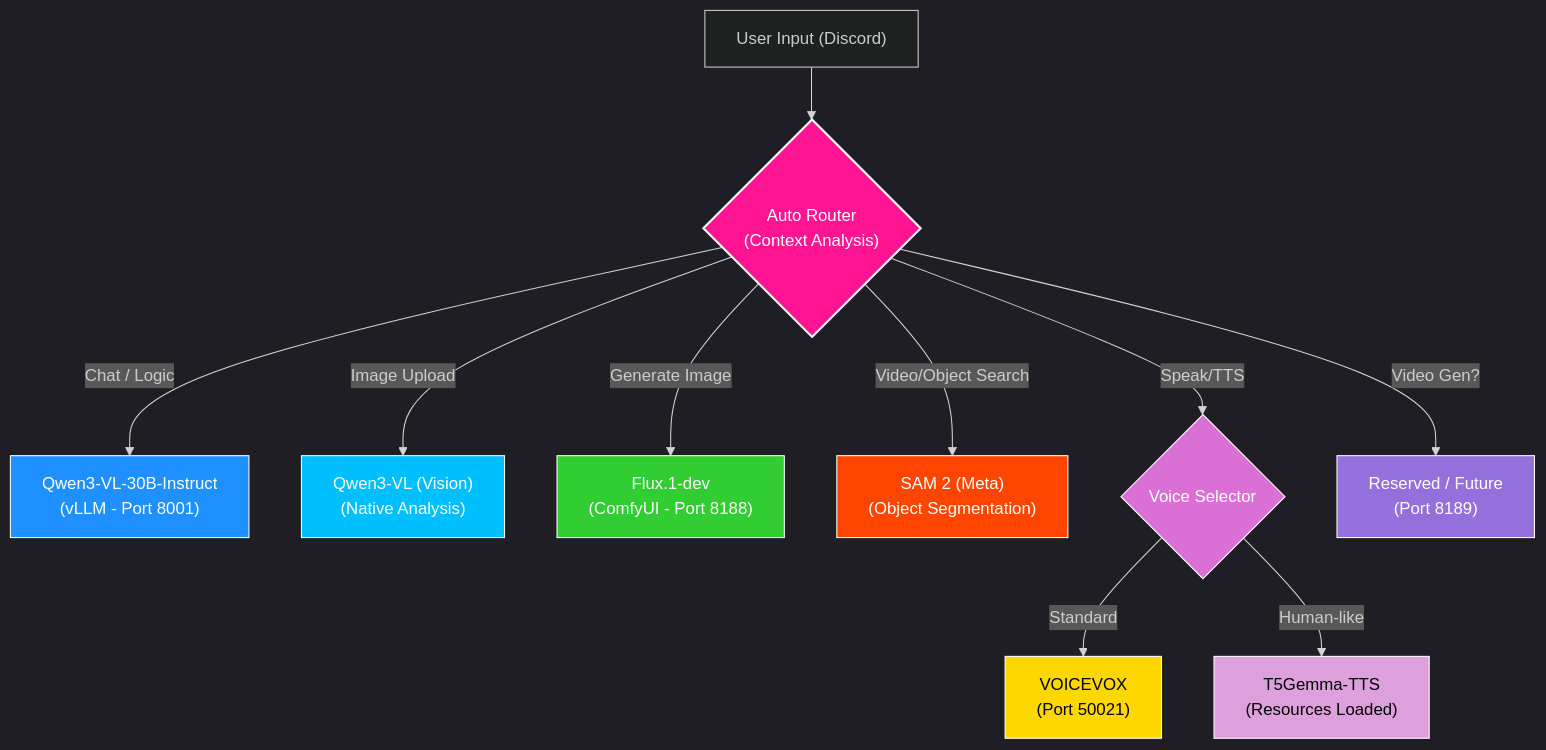
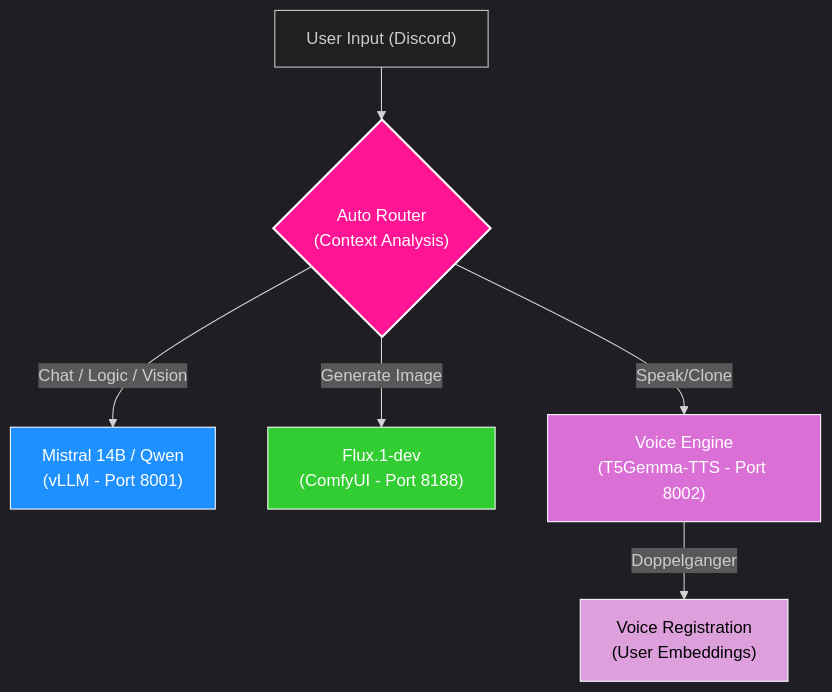
Before and after one commit to YoneRai12/ORA: the diagram in README.md, drawn with Mermaid. The commit also changed other lines of this file and 30 other files, not shown here.

Commit message:
feat(arch): Implemented Dual Architecture (Brain+Voice) and added Tool Learning Phase 18

````diff
--- a/README.md
+++ b/README.md
@@ -58,30 +60,22 @@
 ```mermaid
 %%{init: { 'theme': 'dark' }}%%
 graph TD
     User["User Input (Discord)"] --> Router{"Auto Router<br>(Context Analysis)"}
 
-    %% Routing Logic
-    Router -- "Chat / Logic" --> LLM["Qwen3-VL-30B-Instruct<br>(vLLM - Port 8001)"]
-    Router -- "Image Upload" --> Vision["Qwen3-VL (Vision)<br>(Native Analysis)"]
+    %% Main Brain (vLLM)
+    Router -- "Chat / Logic / Vision" --> LLM["Mistral 14B / Qwen<br>(vLLM - Port 8001)"]
+
+    %% Creative Tools
     Router -- "Generate Image" --> ImageGen["Flux.1-dev<br>(ComfyUI - Port 8188)"]
-    Router -- "Video/Object Search" --> SAM2["SAM 2 (Meta)<br>(Object Segmentation)"]
     
-    %% Voice Path
-    Router -- "Speak/TTS" --> VoiceRouter{"Voice Selector"}
-    VoiceRouter -- "Standard" --> VV["VOICEVOX<br>(Port 50021)"]
-    VoiceRouter -- "Human-like" --> T5["T5Gemma-TTS<br>(Resources Loaded)"]
-
-    %% Future/Reserved
-    Router -- "Video Gen?" --> VideoGen["Reserved / Future<br>(Port 8189)"]
+    %% Voice Service (Separate Process)
+    Router -- "Speak/Clone" --> VoiceSvc["Voice Engine<br>(T5Gemma-TTS - Port 8002)"]
+    VoiceSvc -- "Doppelganger" --> Cloning["Voice Registration<br>(User Embeddings)"]
 
     %% Styling for better dark mode readability
     style Router fill:#ff1493,stroke:#ffffff,stroke-width:2px,color:#ffffff
     style LLM fill:#1e90ff,stroke:#ffffff,stroke-width:1px,color:#ffffff
     style ImageGen fill:#32cd32,stroke:#ffffff,stroke-width:1px,color:#ffffff
-    style Vision fill:#00bfff,stroke:#ffffff,stroke-width:1px,color:#ffffff
-    style SAM2 fill:#ff4500,stroke:#ffffff,stroke-width:1px,color:#ffffff
-    style VoiceRouter fill:#da70d6,stroke:#ffffff,stroke-width:1px,color:#ffffff
-    style VV fill:#ffd700,stroke:#ffffff,stroke-width:1px,color:#000000
-    style T5 fill:#dda0dd,stroke:#ffffff,stroke-width:1px,color:#000000
-    style VideoGen fill:#9370db,stroke:#ffffff,stroke-width:1px,color:#ffffff
+    style VoiceSvc fill:#da70d6,stroke:#ffffff,stroke-width:1px,color:#ffffff
+    style Cloning fill:#dda0dd,stroke:#ffffff,stroke-width:1px,color:#000000
 ```
````
